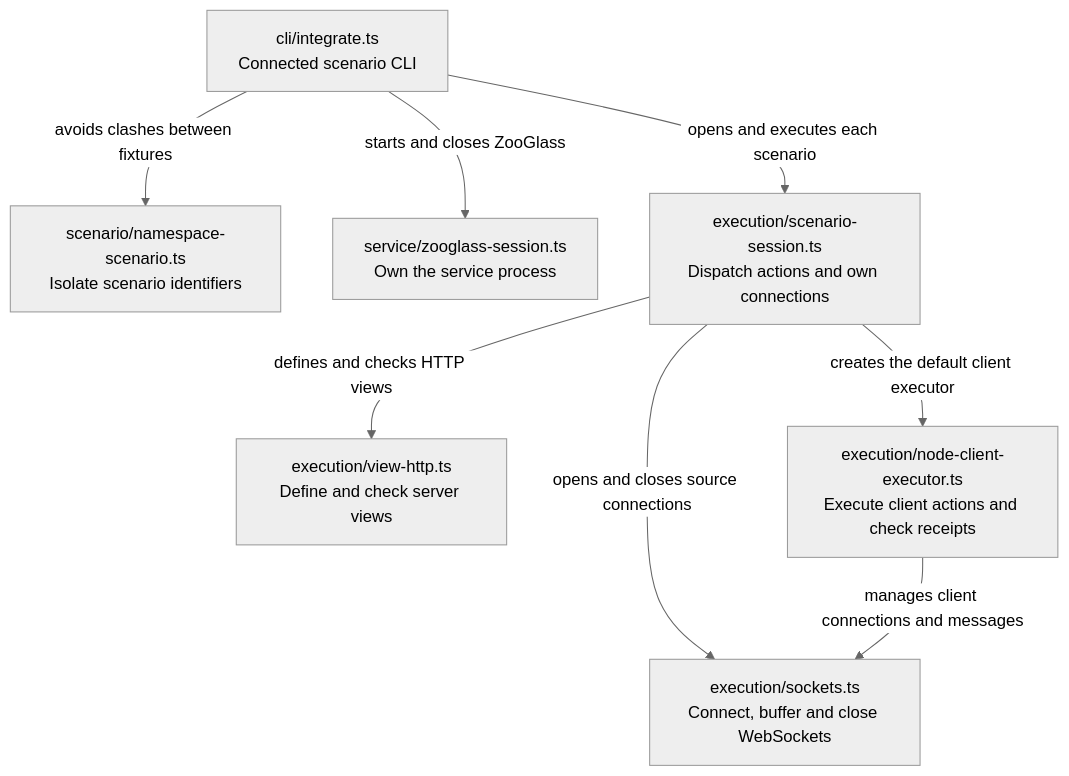
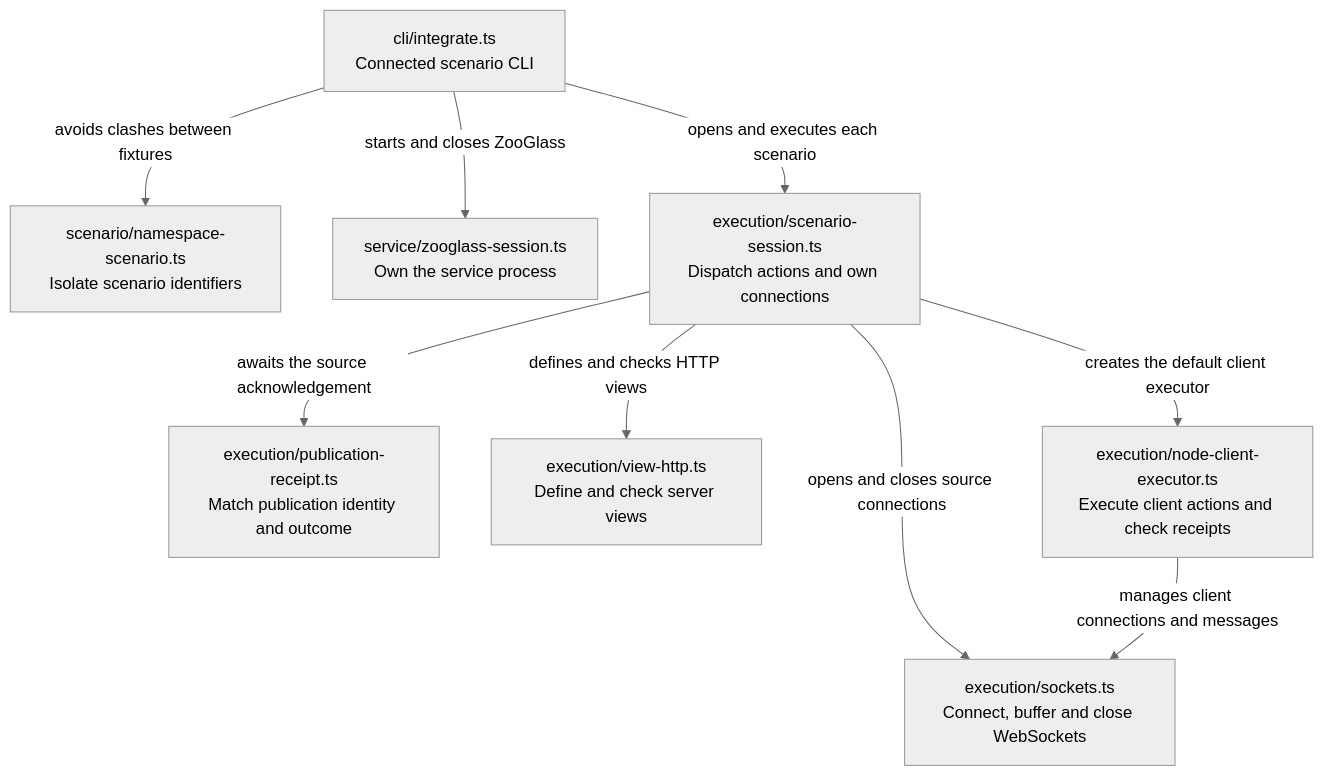
The third of 9 diagrams in workbench/docs/source-map.md (sproates/zooglass), drawn with Mermaid (neutral theme) before and after one commit. The commit also changed other lines of this file and 451 other files, not shown here.

````diff
--- a/workbench/docs/source-map.md
+++ b/workbench/docs/source-map.md
@@ -122,17 +122,19 @@
 ```mermaid
 flowchart TB
   integration["cli/integrate.ts<br/>Connected scenario CLI"]
   namespace["scenario/namespace-scenario.ts<br/>Isolate scenario identifiers"]
   service["service/zooglass-session.ts<br/>Own the service process"]
   session["execution/scenario-session.ts<br/>Dispatch actions and own connections"]
+  receipt["execution/publication-receipt.ts<br/>Match publication identity and outcome"]
+  session -->|awaits the source acknowledgement| receipt
   http["execution/view-http.ts<br/>Define and check server views"]
   client["execution/node-client-executor.ts<br/>Execute client actions and check receipts"]
   sockets["execution/sockets.ts<br/>Connect, buffer and close WebSockets"]
   integration -->|avoids clashes between fixtures| namespace
   integration -->|starts and closes ZooGlass| service
   integration -->|opens and executes each scenario| session
   session -->|defines and checks HTTP views| http
   session -->|creates the default client executor| client
   session -->|opens and closes source connections| sockets
   client -->|manages client connections and messages| sockets
 ```
````
